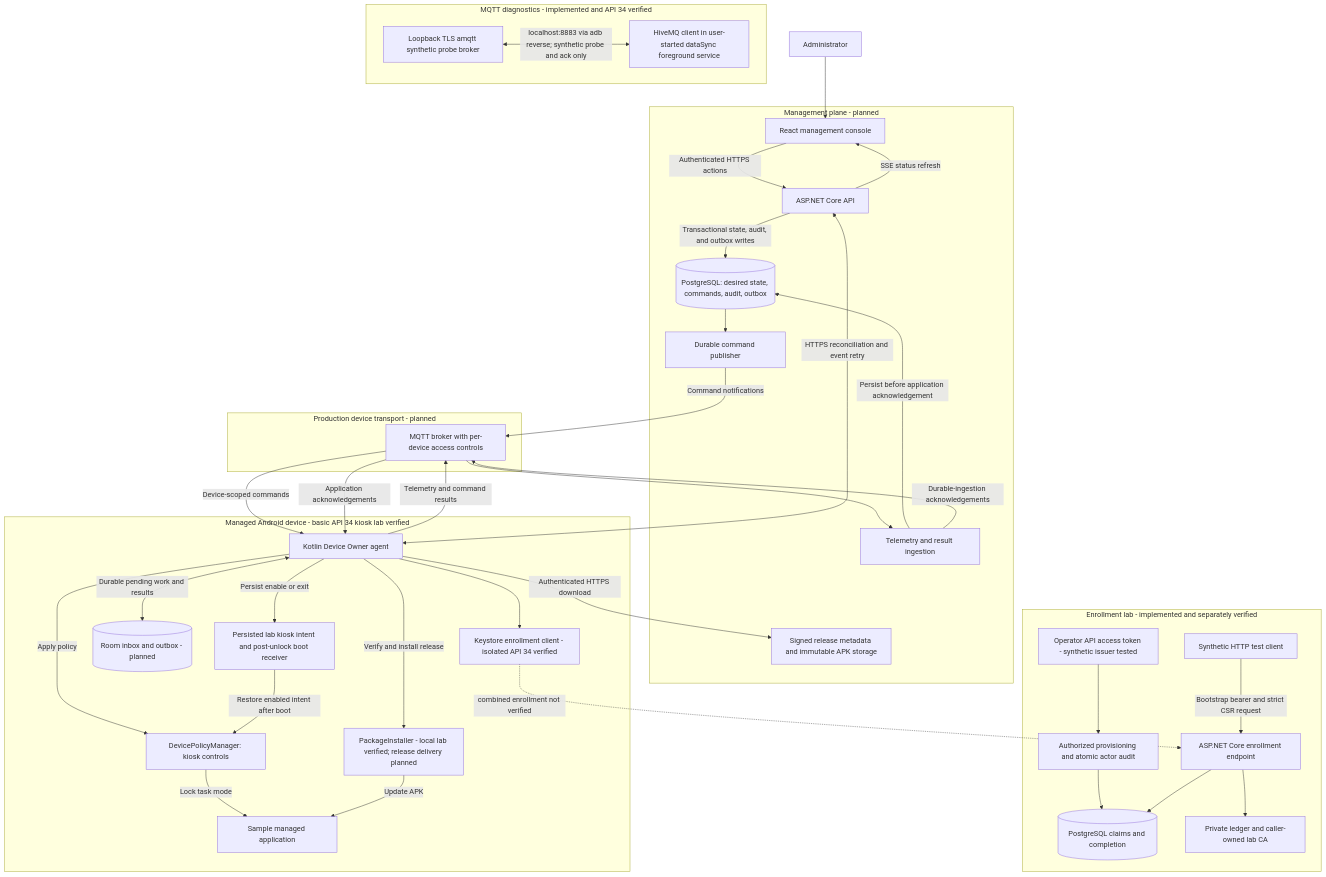
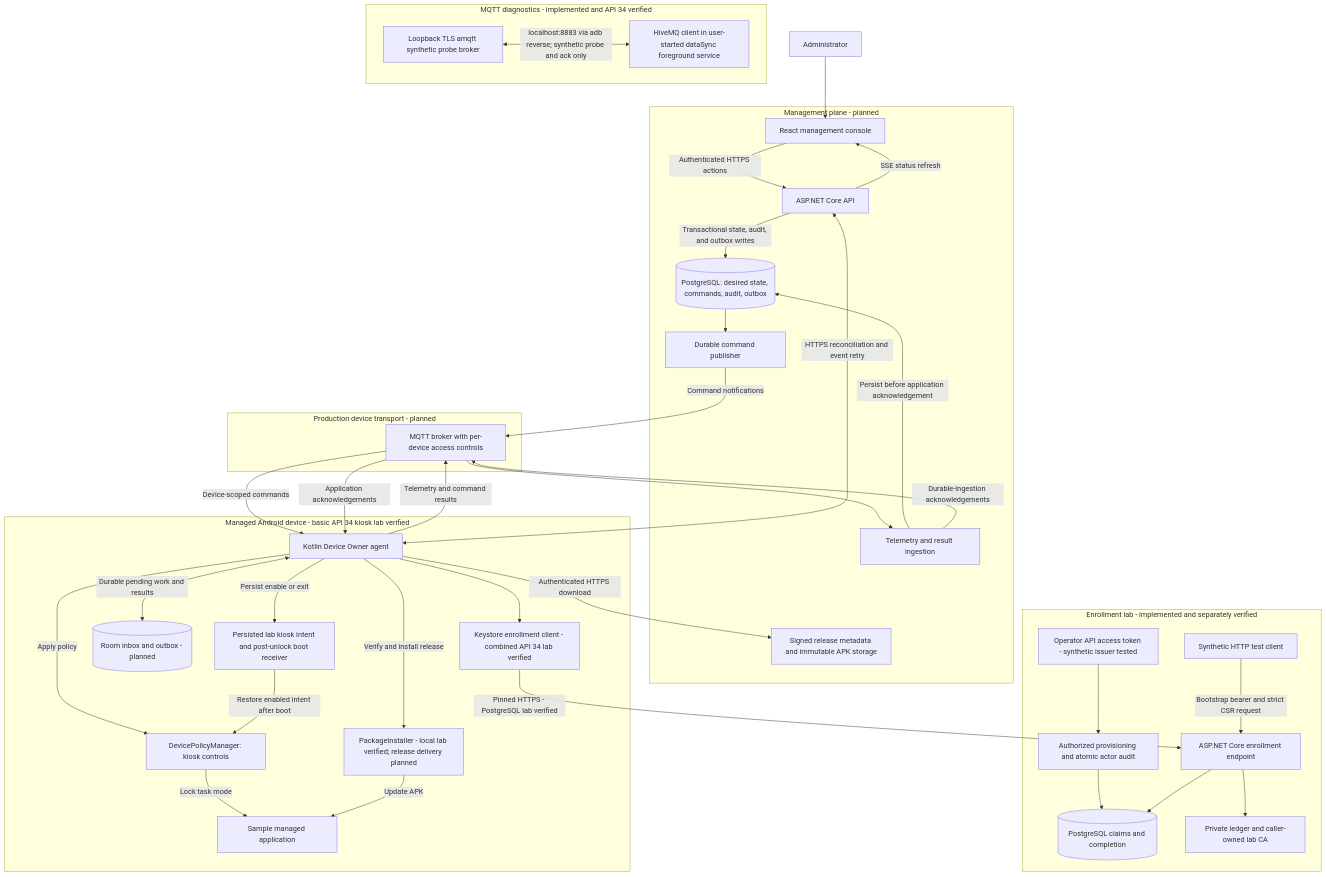
Before and after one commit to michaelnwanna/custom-android-mdm-agent: the diagram in README.md, drawn with Mermaid. The commit also changed other lines of this file and 750 other files, not shown here.

Commit message:
Verify Android enrollment against real HTTPS and PostgreSQL

````diff
--- a/README.md
+++ b/README.md
@@ -47,71 +47,71 @@
 ```mermaid
 flowchart TB
 	Admin[Administrator]
 
 	subgraph EnrollmentLab["Enrollment lab - implemented and separately verified"]
 		EnrollmentClient[Synthetic HTTP test client]
 		OperatorToken[Operator API access token - synthetic issuer tested]
 		Provisioning[Authorized provisioning and atomic actor audit]
 		OperatorToken --> Provisioning
 		Provisioning --> EnrollmentDB
 		EnrollmentAPI[ASP.NET Core enrollment endpoint]
 		EnrollmentDB[(PostgreSQL claims and completion)]
 		LabSigner[Private ledger and caller-owned lab CA]
 		EnrollmentClient -->|Bootstrap bearer and strict CSR request| EnrollmentAPI
 		EnrollmentAPI --> EnrollmentDB
 		EnrollmentAPI --> LabSigner
 	end
 
 	subgraph Management["Management plane - planned"]
 		Console[React management console]
 		API[ASP.NET Core API]
 		DB[(PostgreSQL: desired state, commands, audit, outbox)]
 		Publisher[Durable command publisher]
 		Ingest[Telemetry and result ingestion]
 		Artifacts[Signed release metadata and immutable APK storage]
 	end
 
 	subgraph Transport["Production device transport - planned"]
 		Broker[MQTT broker with per-device access controls]
 	end
 
 	subgraph Diagnostics["MQTT diagnostics - implemented and API 34 verified"]
 		LabBroker[Loopback TLS amqtt synthetic probe broker]
 		LabService[HiveMQ client in user-started dataSync foreground service]
 	end
 
 	subgraph Device["Managed Android device - basic API 34 kiosk lab verified"]
 		Agent[Kotlin Device Owner agent]
-		DeviceEnrollment[Keystore enrollment client - isolated API 34 verified]
+		DeviceEnrollment[Keystore enrollment client - combined API 34 lab verified]
 		Agent --> DeviceEnrollment
-		DeviceEnrollment -. combined enrollment not verified .-> EnrollmentAPI
+		DeviceEnrollment -->|Pinned HTTPS - PostgreSQL lab verified| EnrollmentAPI
 		Room[(Room inbox and outbox - planned)]
 		Policy[DevicePolicyManager: kiosk controls]
 		Boot[Persisted lab kiosk intent and post-unlock boot receiver]
 		Installer[PackageInstaller - local lab verified; release delivery planned]
 		Sample[Sample managed application]
 	end
 
 	Admin --> Console
 	LabBroker <-->|localhost:8883 via adb reverse; synthetic probe and ack only| LabService
 	Console -->|Authenticated HTTPS actions| API
 	API -->|Transactional state, audit, and outbox writes| DB
 	DB --> Publisher
 	Publisher -->|Command notifications| Broker
 	Broker -->|Device-scoped commands| Agent
 	Agent <-->|Durable pending work and results| Room
 	Agent -->|Apply policy| Policy
 	Agent -->|Persist enable or exit| Boot
 	Boot -->|Restore enabled intent after boot| Policy
 	Policy -->|Lock task mode| Sample
 	Agent -->|Verify and install release| Installer
 	Installer -->|Update APK| Sample
 	Agent -->|Authenticated HTTPS download| Artifacts
 	Agent -->|Telemetry and command results| Broker
 	Broker --> Ingest
 	Ingest -->|Persist before application acknowledgement| DB
 	Ingest -->|Durable-ingestion acknowledgements| Broker
 	Broker -->|Application acknowledgements| Agent
 	Agent <-->|HTTPS reconciliation and event retry| API
 	API -->|SSE status refresh| Console
 ```
````
